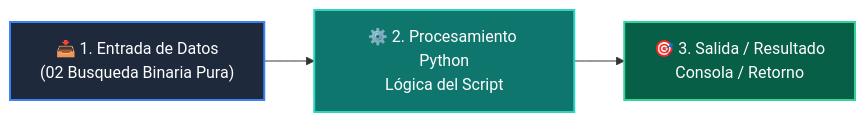
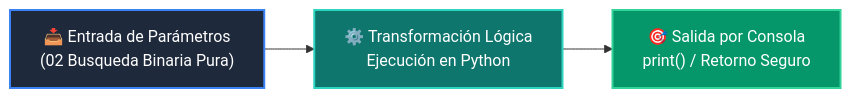
Before and after one commit to wisrovi/wisrovi-python: the diagram in 02-algoritmos-estructuras/clase-04-algoritmos-busqueda/ejemplos/ejemplo_02_busqueda_binaria_pura/README.md, drawn with Mermaid. The commit also changed other lines of this file and 226 other files, not shown here.

Commit message:
docs: elevate all repository READMEs to world-class mastery standard with rich pedagogical architecture, custom Mermaids, and professional styling

````diff
--- a/02-algoritmos-estructuras/clase-04-algoritmos-busqueda/ejemplos/ejemplo_02_busqueda_binaria_pura/README.md
+++ b/02-algoritmos-estructuras/clase-04-algoritmos-busqueda/ejemplos/ejemplo_02_busqueda_binaria_pura/README.md
@@ -12,9 +19,9 @@
 ```mermaid
 flowchart LR
-    A["📥 1. Entrada de Datos<br/>(02 Busqueda Binaria Pura)"] --> B["⚙️ 2. Procesamiento Python<br/>Lógica del Script"]
-    B --> C["🎯 3. Salida / Resultado<br/>Consola / Retorno"]
+    A["📥 Entrada de Parámetros<br/>(02 Busqueda Binaria Pura)"] --> B["⚙️ Transformación Lógica<br/>Ejecución en Python"]
+    B --> C["🎯 Salida por Consola<br/>print() / Retorno Seguro"]
 
-    style A fill:#1e293b,color:#fff,stroke:#3b82f6,stroke-width:2px
-    style B fill:#0f766e,color:#fff,stroke:#2dd4bf,stroke-width:2px
-    style C fill:#065f46,color:#fff,stroke:#34d399,stroke-width:2px
+    style A fill:#1e293b,color:#ffffff,stroke:#3b82f6,stroke-width:2px
+    style B fill:#0f766e,color:#ffffff,stroke:#2dd4bf,stroke-width:2px
+    style C fill:#059669,color:#ffffff,stroke:#34d399,stroke-width:2px
 ```
````
